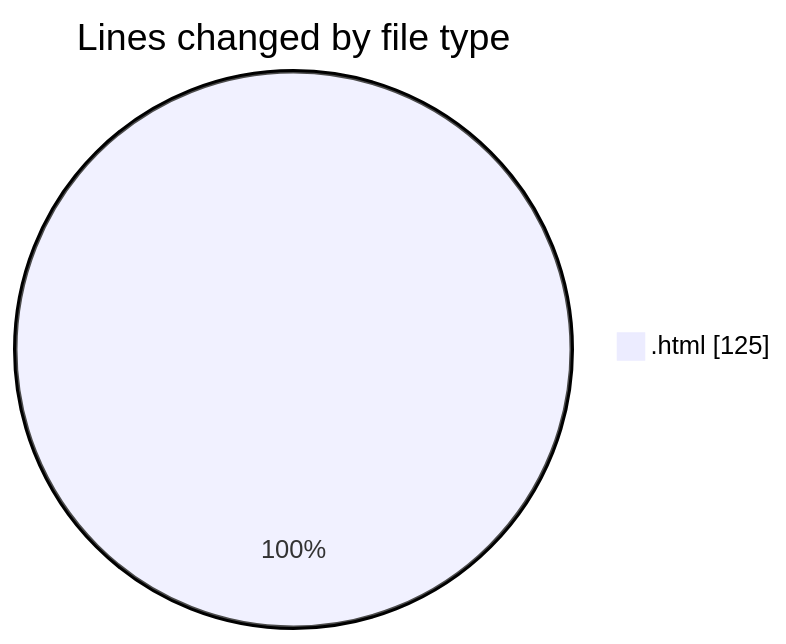
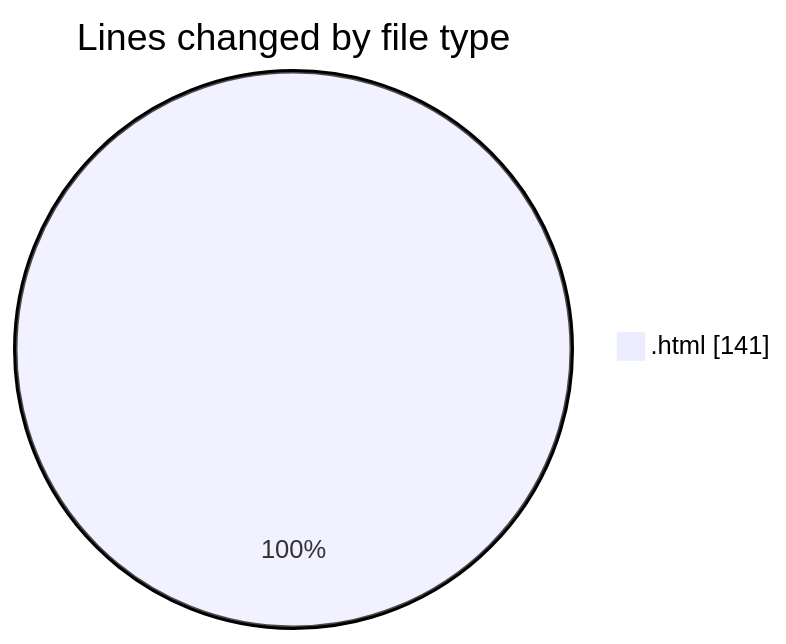
One commit to Ritupan-Deka/code-tracking changed the first of 2 diagrams in 2025-02-04/0starter_files/README.md. Above: the diagram before and after it, drawn with Mermaid. The commit also changed other lines of this file and 1 other file, not shown here.

````diff
--- a/2025-02-04/0starter_files/README.md
+++ b/2025-02-04/0starter_files/README.md
@@ -20,5 +20,5 @@
 ```mermaid
 pie showData
 title Lines changed by file type
-".html" : 125
+".html" : 141
 ```
````
